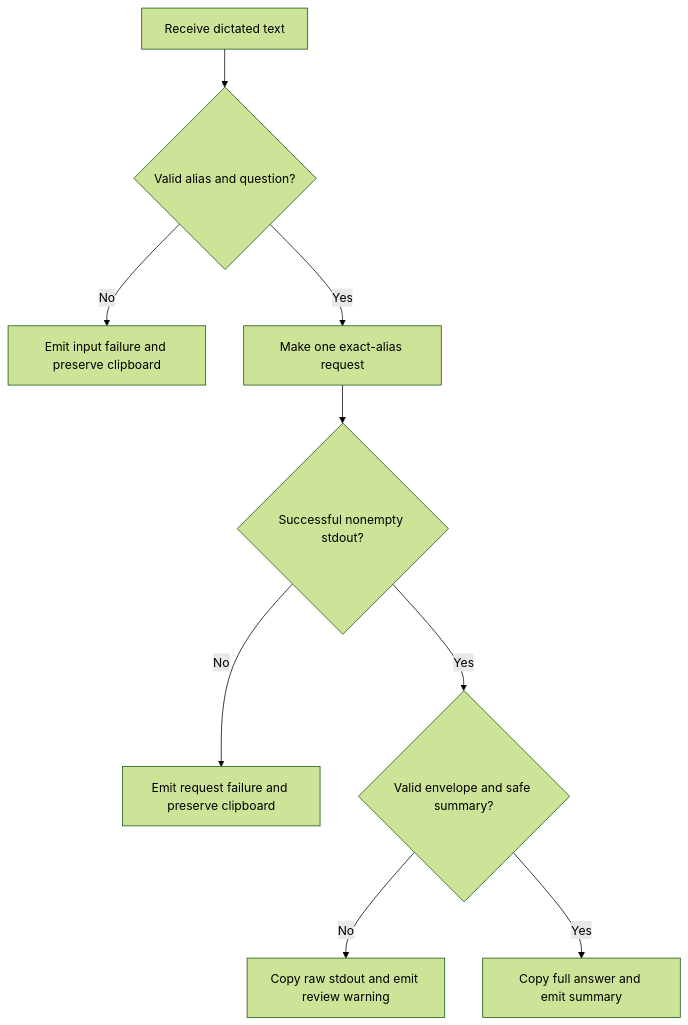
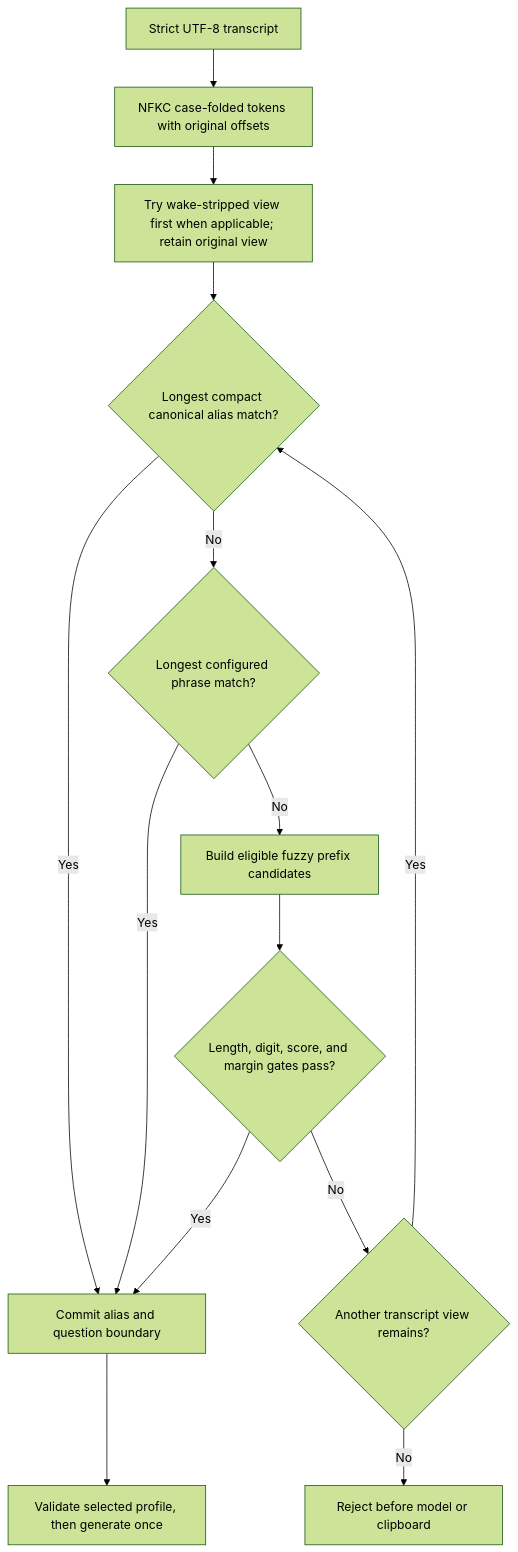
The third of 3 diagrams in docs/plans/2026-07-30-001-feat-macos-voice-shortcut-plan.md (swartzrock/llm-now), drawn with Mermaid (forest theme) before and after one commit. The commit also changed other lines of this file, not shown here.

````diff
--- a/docs/plans/2026-07-30-001-feat-macos-voice-shortcut-plan.md
+++ b/docs/plans/2026-07-30-001-feat-macos-voice-shortcut-plan.md
@@ -209,11 +355,16 @@
 ```mermaid
 flowchart TB
-  A["Receive dictated text"] --> B{"Valid alias and question?"}
-  B -->|No| C["Emit input failure and preserve clipboard"]
-  B -->|Yes| D["Make one exact-alias request"]
-  D --> E{"Successful nonempty stdout?"}
-  E -->|No| F["Emit request failure and preserve clipboard"]
-  E -->|Yes| G{"Valid envelope and safe summary?"}
-  G -->|No| H["Copy raw stdout and emit review warning"]
-  G -->|Yes| I["Copy full answer and emit summary"]
+  A["Strict UTF-8 transcript"] --> B["NFKC case-folded tokens with original offsets"]
+  B --> C["Try wake-stripped view first when applicable; retain original view"]
+  C --> D{"Longest compact canonical alias match?"}
+  D -->|Yes| K["Commit alias and question boundary"]
+  D -->|No| E{"Longest configured phrase match?"}
+  E -->|Yes| K
+  E -->|No| F["Build eligible fuzzy prefix candidates"]
+  F --> G{"Length, digit, score, and margin gates pass?"}
+  G -->|Yes| K
+  G -->|No| H{"Another transcript view remains?"}
+  H -->|Yes| D
+  H -->|No| I["Reject before model or clipboard"]
+  K --> J["Validate selected profile, then generate once"]
 ```
````
